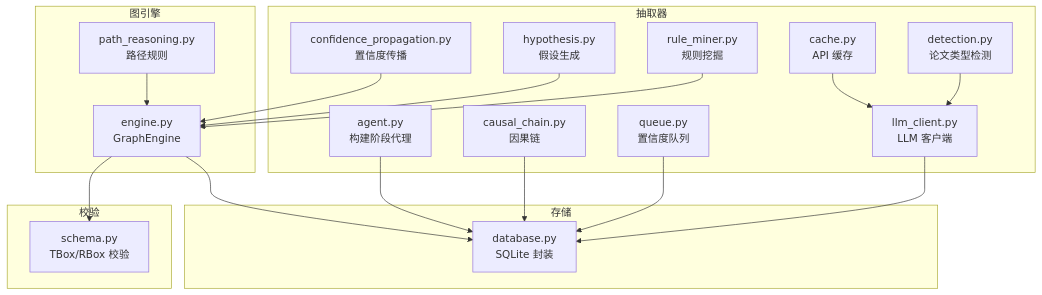
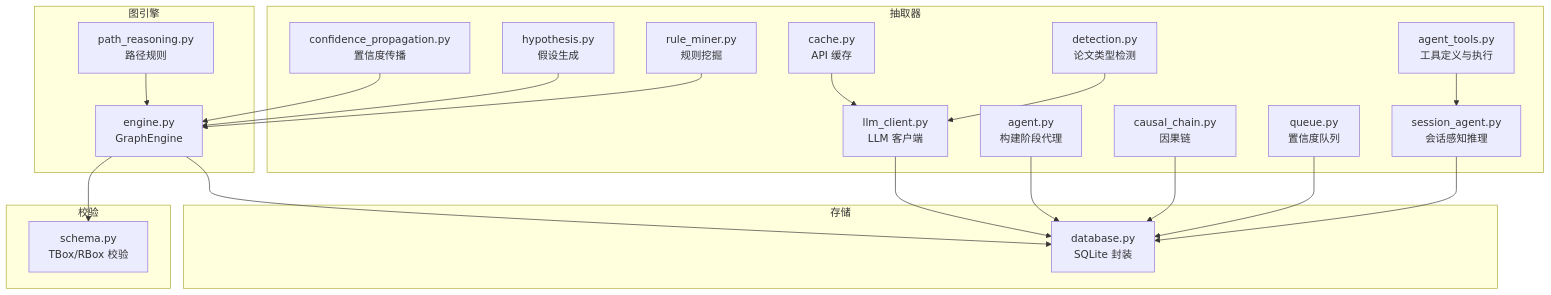
One commit to UynajGI/drbrain changed the first of 14 diagrams in .qoder/repowiki/zh/content/核心模块详解/推理引擎模块/推理引擎核心.md. Above: the diagram before and after it, drawn with Mermaid. The commit also changed other lines of this file and 6 other files, not shown here.

````diff
--- a/.qoder/repowiki/zh/content/核心模块详解/推理引擎模块/推理引擎核心.md
+++ b/.qoder/repowiki/zh/content/核心模块详解/推理引擎模块/推理引擎核心.md
@@ -44,36 +54,40 @@
 ```mermaid
 graph TB
 subgraph "抽取器"
-A1["agent.py<br/>构建阶段代理"]
-A2["causal_chain.py<br/>因果链"]
-A3["confidence_propagation.py<br/>置信度传播"]
-A4["hypothesis.py<br/>假设生成"]
-A5["rule_miner.py<br/>规则挖掘"]
-A6["queue.py<br/>置信度队列"]
-A7["cache.py<br/>API 缓存"]
-A8["detection.py<br/>论文类型检测"]
-A9["llm_client.py<br/>LLM 客户端"]
+A1["session_agent.py<br/>会话感知推理"]
+A2["agent.py<br/>构建阶段代理"]
+A3["causal_chain.py<br/>因果链"]
+A4["confidence_propagation.py<br/>置信度传播"]
+A5["hypothesis.py<br/>假设生成"]
+A6["rule_miner.py<br/>规则挖掘"]
+A7["queue.py<br/>置信度队列"]
+A8["cache.py<br/>API 缓存"]
+A9["detection.py<br/>论文类型检测"]
+A10["agent_tools.py<br/>工具定义与执行"]
+A11["llm_client.py<br/>LLM 客户端"]
 end
 subgraph "图引擎"
 G1["engine.py<br/>GraphEngine"]
 G2["path_reasoning.py<br/>路径规则"]
 end
 subgraph "存储"
 S1["database.py<br/>SQLite 封装"]
 end
 subgraph "校验"
 V1["schema.py<br/>TBox/RBox 校验"]
 end
 A1 --> S1
 A2 --> S1
-A3 --> G1
+A3 --> S1
 A4 --> G1
 A5 --> G1
-A6 --> S1
-A7 --> A9
-A8 --> A9
-A9 --> S1
+A6 --> G1
+A7 --> S1
+A8 --> A11
+A9 --> A11
+A10 --> A1
+A11 --> S1
 G1 --> V1
 G1 --> S1
 G2 --> G1
 ```
````
